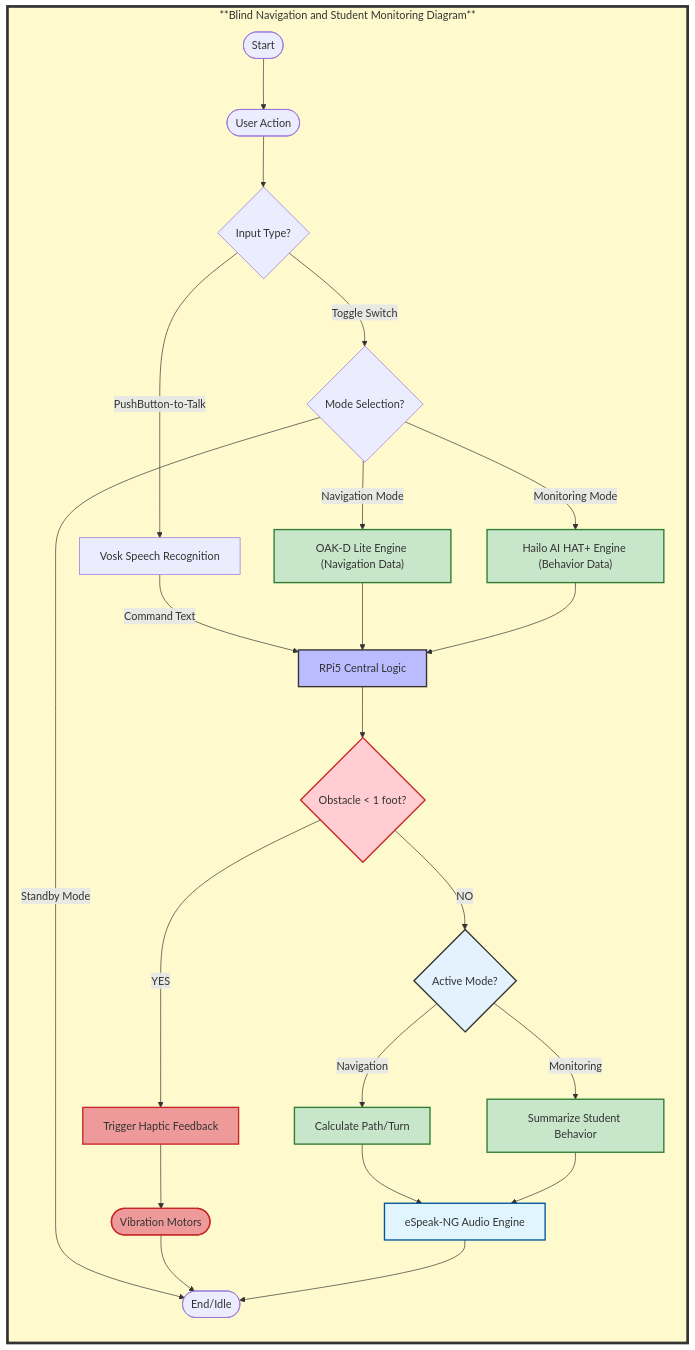
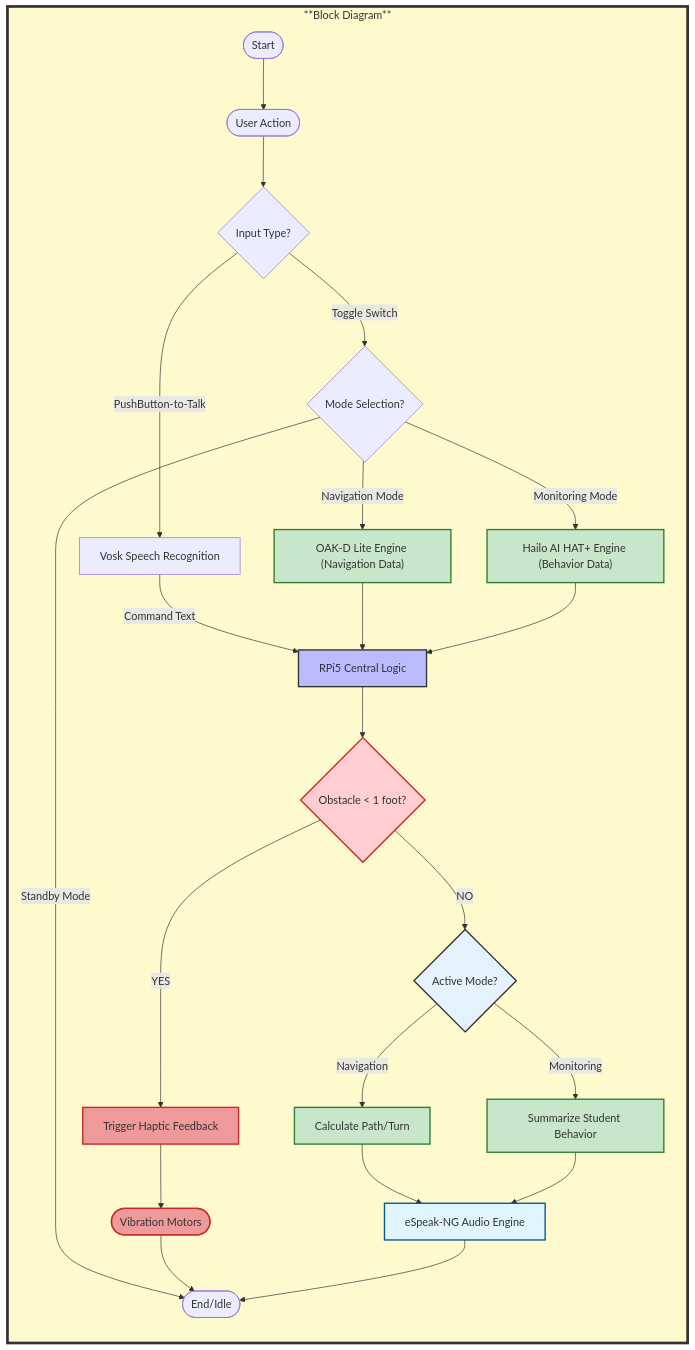
One commit to Sense-Say/SENSEY changed the diagram in Blind Navigation/README.md. Above: the diagram before and after it, drawn with Mermaid.

````diff
--- a/Blind Navigation/README.md
+++ b/Blind Navigation/README.md
@@ -3,59 +3,59 @@
 ```mermaid
 graph TD
     %% Define the single, large system container
-    subgraph SYSTEM_CONTAINER ["**Blind Navigation and Student Monitoring Diagram**"]
+    subgraph SYSTEM_CONTAINER ["**Block Diagram**"]
         direction TB
         %% 0. Start
         Z([Start]) -->
 
         %% 1. Input Flow
         A([User Action]) --> B{Input Type?}
         
         B -->|Toggle Switch| C{Mode Selection?}
         B -->|PushButton-to-Talk| D["Vosk Speech Recognition"]
         D -->|Command Text| RPICPU
 
         %% 2. Mode Activation & Data Flow
         C -->|Navigation Mode| E["OAK-D Lite Engine (Navigation Data)"]
         C -->|Monitoring Mode| F["Hailo AI HAT+ Engine (Behavior Data)"]
         C -->|Standby Mode| K([End/Idle])
         
         E --> RPICPU
         F --> RPICPU
         
         %% 3. Central Processing & Safety Check
         RPICPU[RPi5 Central Logic] --> H{Obstacle < 1 foot?}
 
         %% 4. Decision Branches & Output
         
         %% Critical Safety Path - Haptic Only
         H -->|YES| I["Trigger Haptic Feedback"]
         I --> J([Vibration Motors])
         
         %% Normal Operation Path
         H -->|NO| L{Active Mode?}
         
         L -->|Navigation| M["Calculate Path/Turn"]
         L -->|Monitoring| N["Summarize Student Behavior"]
         
         M --> O["eSpeak-NG Audio Engine"]
         N --> O
     end
 
     %% Connect Outputs to the Final End State
     J --> K
     O --> K
 
     %% --- Styling for Clarity ---
     style SYSTEM_CONTAINER fill:#fffacd,stroke:#333,stroke-width:4px;
     style H fill:#ffcdd2,stroke:#c62828,stroke-width:2px
     style I fill:#ef9a9a,stroke:#c62828,stroke-width:2px
     style J fill:#ef9a9a,stroke:#c62828,stroke-width:2px
     style L fill:#e3f2fd,stroke:#333,stroke-width:2px
     style M fill:#c8e6c9,stroke:#2e7d32,stroke-width:2px
     style N fill:#c8e6c9,stroke:#2e7d32,stroke-width:2px
     style E fill:#c8e6c9,stroke:#2e7d32,stroke-width:2px
     style F fill:#c8e6c9,stroke:#2e7d32,stroke-width:2px
     style O fill:#e1f5fe,stroke:#01579b,stroke-width:2px
     style RPICPU fill:#bbf,stroke:#333,stroke-width:2px
 ```
````
